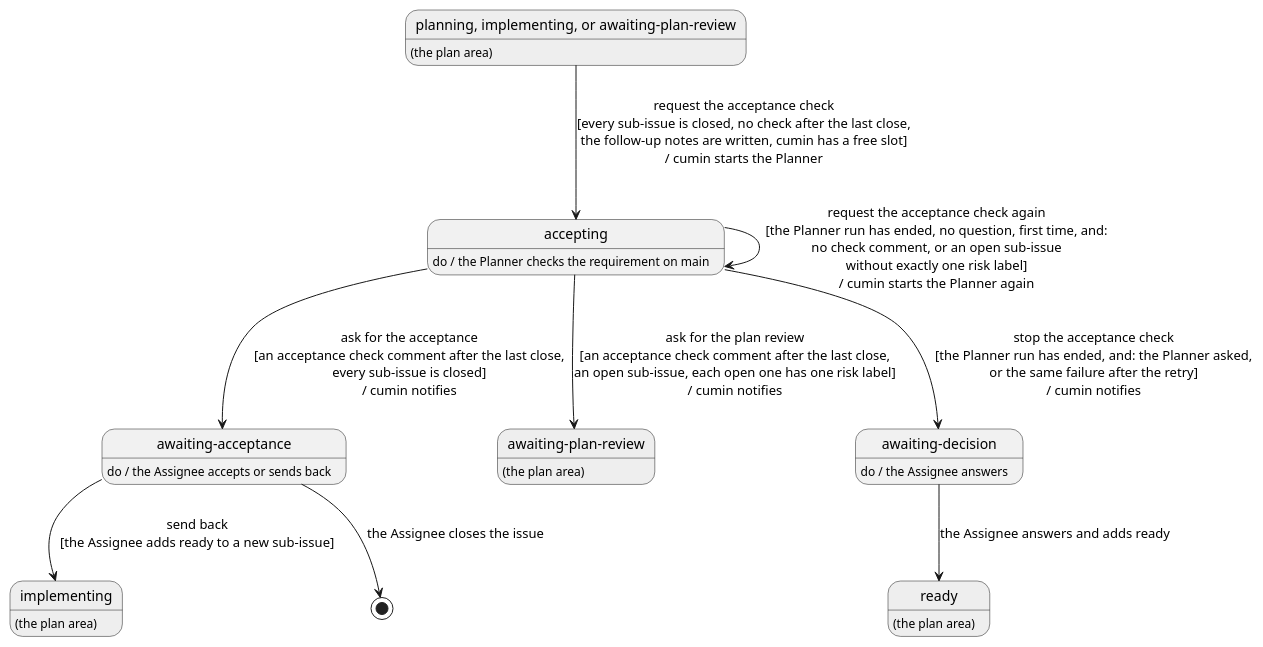
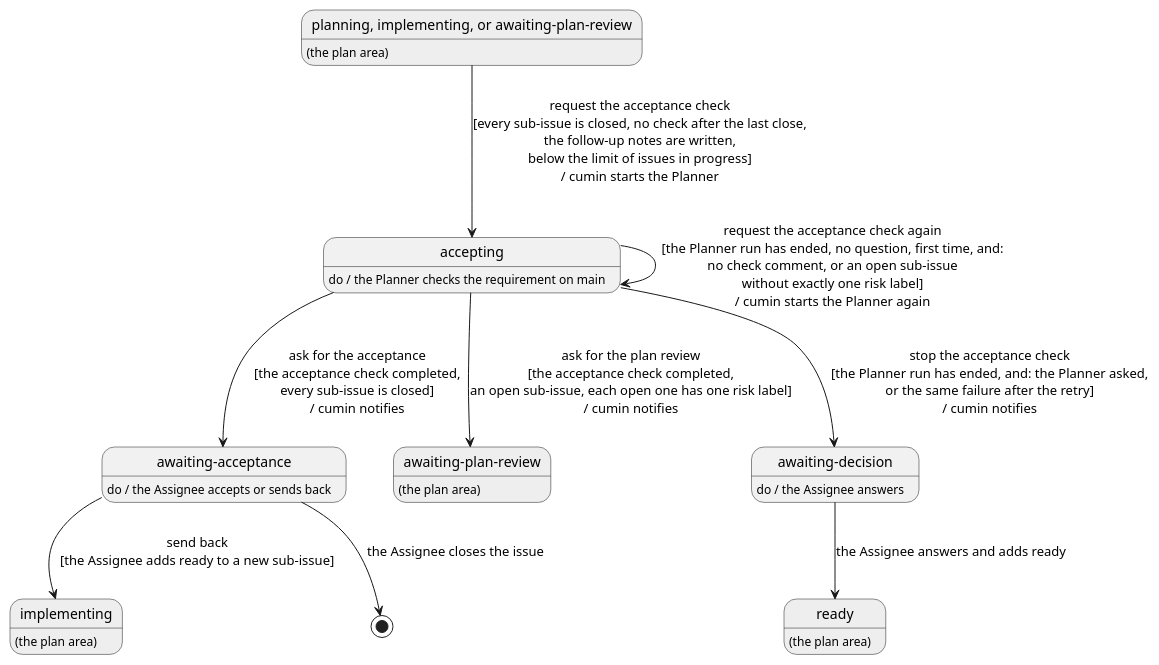
Before and after one commit to cloveclovedev/cumin-works: the diagram in docs/ja/requirements/accept/overview.puml, drawn with PlantUML. The commit also changed 2 other files, not shown here.

Commit message:
docs(requirements): include the ended run in the completion of the acceptance check
The acceptance check completes only when the Planner run has ended, as the
plan, the implementation, and the review do, so that ACCEPT-003 and
ACCEPT-004 refer to ACCEPT-002 instead of repeating the condition.
ACCEPT-007 refers to POLL-001 for closed requirement issues. The remaining
items are the Fail rows and the items of the follow-up notes, since the
work out of scope already goes to Follow-up. The overview lists every fact
that cumin reads, and the diagram drops the free slot term.

Claude-Session: https://claude.ai/code/session_016tkMojagRLLJdZue2gpRyn

```diff
--- a/docs/ja/requirements/accept/overview.puml
+++ b/docs/ja/requirements/accept/overview.puml
@@ -1,39 +1,39 @@
 @startuml overview
 ' cumin-works - the states of a requirement issue in the acceptance stage.
 ' A state is a label on GitHub, written without "cumin/status/". "do /" says who works in the state.
 ' A transition is written: action [guard] / what cumin does. A gray state belongs to another area.
 ' Render: run scripts/render-diagrams.sh at the root of the repository.
 
 hide empty description
 
 state "planning, implementing, or awaiting-plan-review" as Before #EEEEEE
 Before : (the plan area)
 
 state "accepting" as Accepting
 Accepting : do / the Planner checks the requirement on main
 
 state "awaiting-acceptance" as AwaitingAcceptance
 AwaitingAcceptance : do / the Assignee accepts or sends back
 
 state "awaiting-plan-review" as PlanReview #EEEEEE
 PlanReview : (the plan area)
 
 state "implementing" as Implementing #EEEEEE
 Implementing : (the plan area)
 
 state "awaiting-decision" as Decision
 Decision : do / the Assignee answers
 
 state "ready" as Ready #EEEEEE
 Ready : (the plan area)
 
-Before --> Accepting : request the acceptance check\n[every sub-issue is closed, no check after the last close,\nthe follow-up notes are written, cumin has a free slot]\n/ cumin starts the Planner
-Accepting --> AwaitingAcceptance : ask for the acceptance\n[an acceptance check comment after the last close,\nevery sub-issue is closed]\n/ cumin notifies
-Accepting --> PlanReview : ask for the plan review\n[an acceptance check comment after the last close,\nan open sub-issue, each open one has one risk label]\n/ cumin notifies
+Before --> Accepting : request the acceptance check\n[every sub-issue is closed, no check after the last close,\nthe follow-up notes are written,\nbelow the limit of issues in progress]\n/ cumin starts the Planner
+Accepting --> AwaitingAcceptance : ask for the acceptance\n[the acceptance check completed,\nevery sub-issue is closed]\n/ cumin notifies
+Accepting --> PlanReview : ask for the plan review\n[the acceptance check completed,\nan open sub-issue, each open one has one risk label]\n/ cumin notifies
 Accepting --> Accepting : request the acceptance check again\n[the Planner run has ended, no question, first time, and:\nno check comment, or an open sub-issue\nwithout exactly one risk label]\n/ cumin starts the Planner again
 Accepting --> Decision : stop the acceptance check\n[the Planner run has ended, and: the Planner asked,\nor the same failure after the retry]\n/ cumin notifies
 AwaitingAcceptance --> [*] : the Assignee closes the issue
 AwaitingAcceptance --> Implementing : send back\n[the Assignee adds ready to a new sub-issue]
 Decision --> Ready : the Assignee answers and adds ready
 
 @enduml
```
